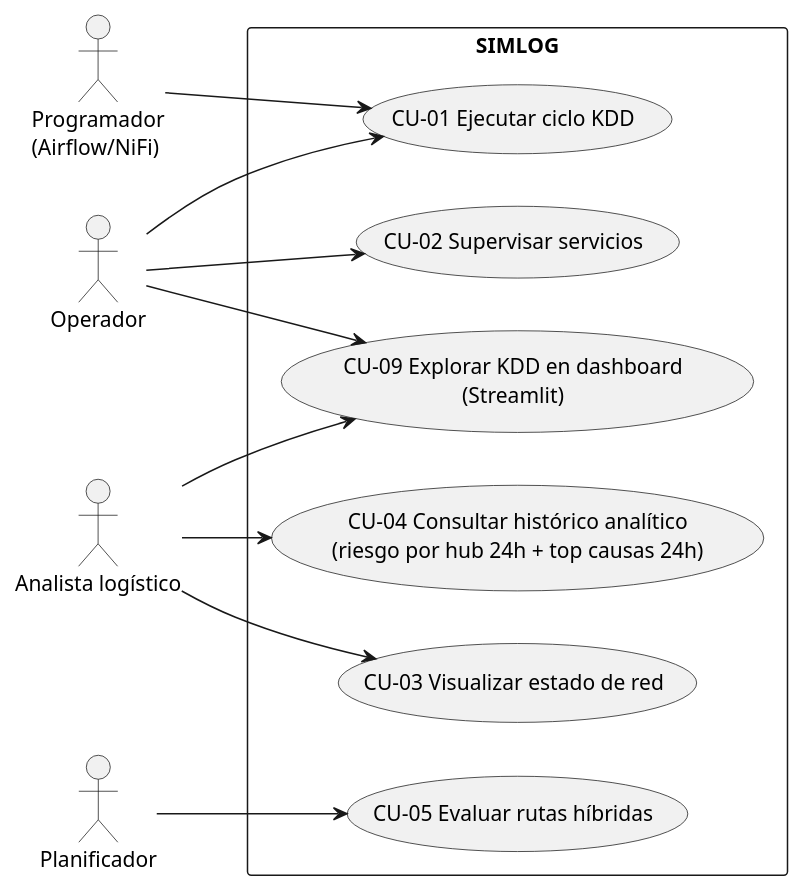
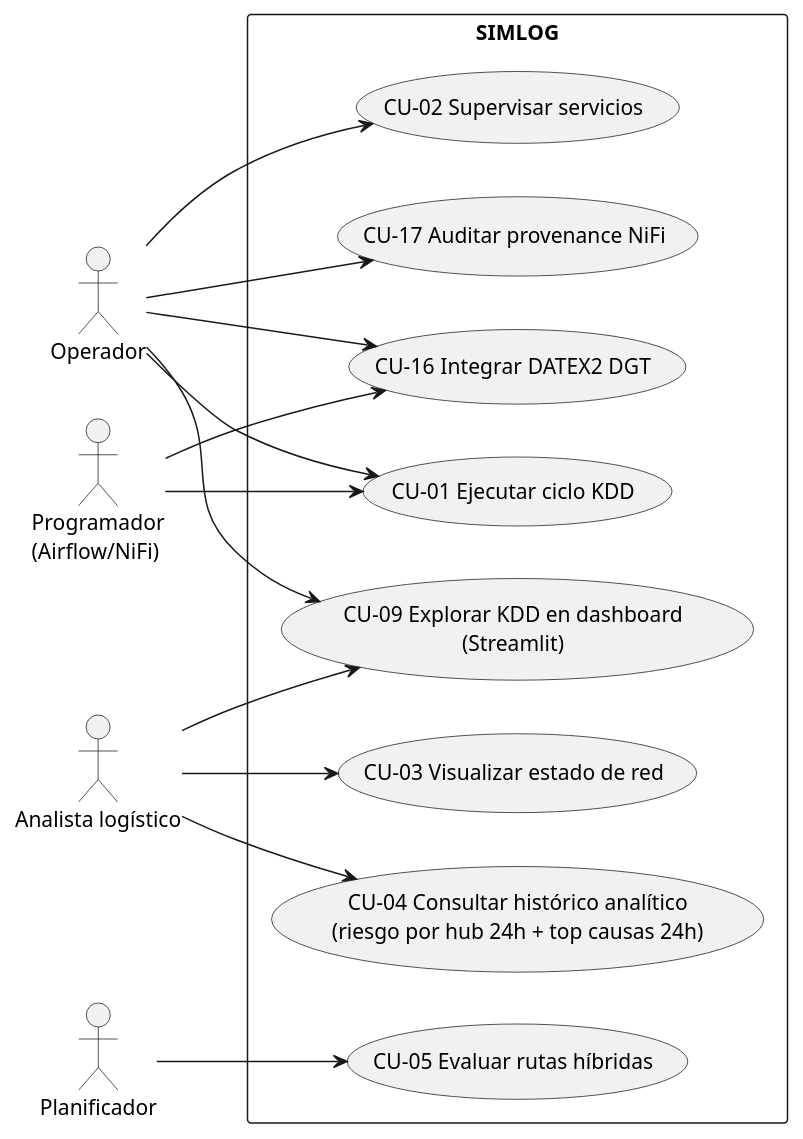
The diagram in docs/uml/casos_uso_simlog.puml (gracobjo/proyecto_transporte_global_standalone), drawn with PlantUML before and after one commit. The commit also changed 31 other files, not shown here.

First line of the commit message:
feat(dgt/nifi/docs): integrar DATEX2 DGT en el pipeline

```diff
--- a/docs/uml/casos_uso_simlog.puml
+++ b/docs/uml/casos_uso_simlog.puml
@@ -1,28 +1,33 @@
 @startuml
 left to right direction
 skinparam packageStyle rectangle
 
 actor "Operador" as Operador
 actor "Analista logístico" as Analista
 actor "Planificador" as Planificador
 actor "Programador\n(Airflow/NiFi)" as Scheduler
 
 rectangle "SIMLOG" {
   usecase "CU-01 Ejecutar ciclo KDD" as CU1
   usecase "CU-02 Supervisar servicios" as CU2
   usecase "CU-03 Visualizar estado de red" as CU3
   usecase "CU-04 Consultar histórico analítico\n(riesgo por hub 24h + top causas 24h)" as CU4
   usecase "CU-05 Evaluar rutas híbridas" as CU5
   usecase "CU-09 Explorar KDD en dashboard\n(Streamlit)" as CU9
+  usecase "CU-16 Integrar DATEX2 DGT" as CU16
+  usecase "CU-17 Auditar provenance NiFi" as CU17
 }
 
 Operador --> CU2
 Operador --> CU1
 Operador --> CU9
 Analista --> CU3
 Analista --> CU4
 Analista --> CU9
 Planificador --> CU5
 Scheduler --> CU1
+Operador --> CU16
+Scheduler --> CU16
+Operador --> CU17
 
 @enduml
```
